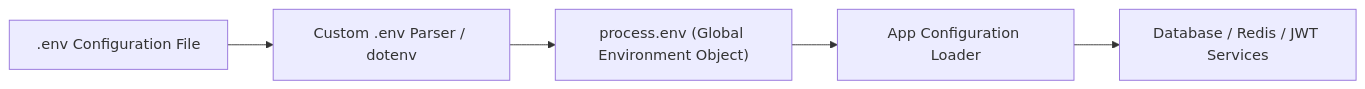
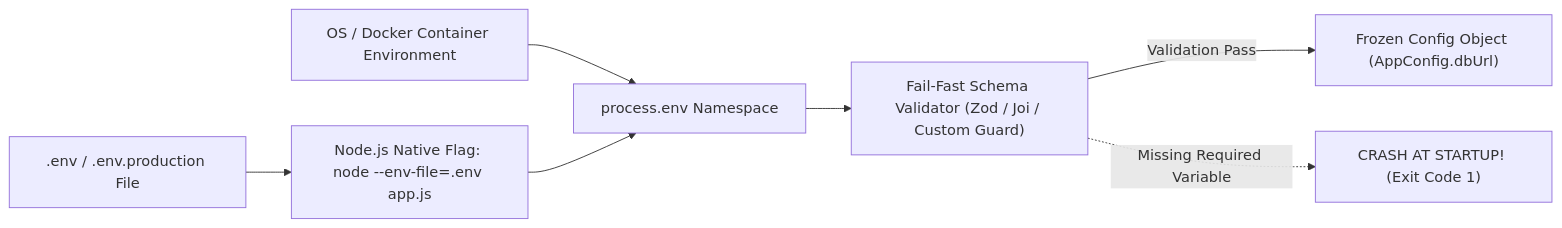
The first of 2 diagrams in nodejs-notes/25-environment-and-config.md (Amie-dev/engineering-playbook), drawn with Mermaid before and after one commit. The commit also changed other lines of this file and 32 other files, not shown here.

````diff
--- a/nodejs-notes/25-environment-and-config.md
+++ b/nodejs-notes/25-environment-and-config.md
@@ -10,7 +13,10 @@
 ```mermaid
 flowchart LR
-    EnvFile[".env Configuration File"] --> DotenvParser[Custom .env Parser / dotenv]
-    DotenvParser --> ProcessEnv["process.env (Global Environment Object)"]
-    ProcessEnv --> ConfigService[App Configuration Loader]
-    ConfigService --> AppServices[Database / Redis / JWT Services]
+    EnvFile[".env / .env.production File"] --> NativeFlag["Node.js Native Flag: node --env-file=.env app.js"]
+    OSInject["OS / Docker Container Environment"] --> ProcessEnv["process.env Namespace"]
+    NativeFlag --> ProcessEnv
+    
+    ProcessEnv --> SchemaValidator["Fail-Fast Schema Validator (Zod / Joi / Custom Guard)"]
+    SchemaValidator -->|Validation Pass| AppConfig["Frozen Config Object (AppConfig.dbUrl)"]
+    SchemaValidator -.->|Missing Required Variable| CrashExit["CRASH AT STARTUP! (Exit Code 1)"]
 ```
````
